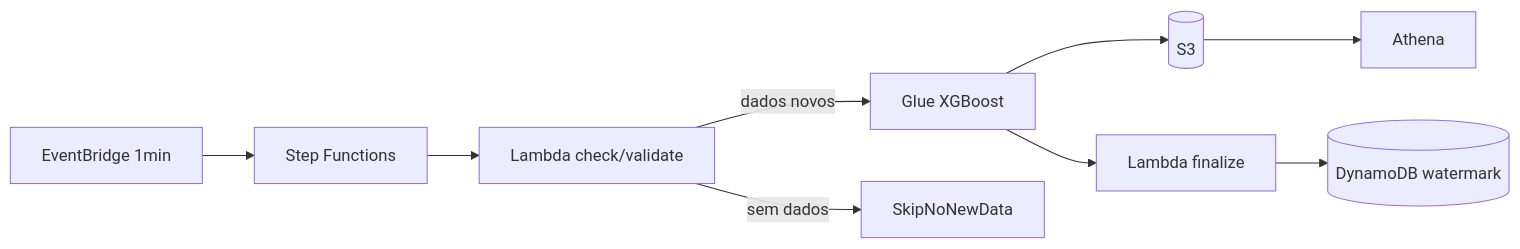
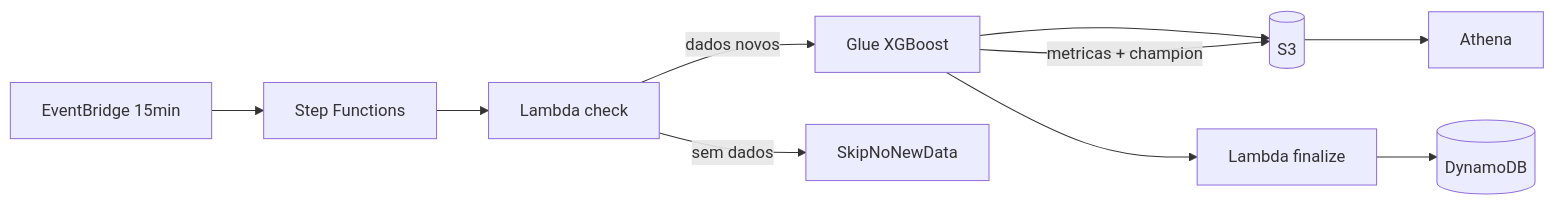
One commit to welligtoncos/ia-aws-regressao changed the diagram in README.md. Above: the diagram before and after it, drawn with Mermaid. The commit also changed other lines of this file and 22 other files, not shown here.

````diff
--- a/README.md
+++ b/README.md
@@ -209,18 +210,19 @@
 ```mermaid
 flowchart LR
-  EB[EventBridge 1min]
+  EB[EventBridge 15min]
   SFN[Step Functions]
-  L1[Lambda check/validate]
+  L1[Lambda check]
   G[Glue XGBoost]
   L2[Lambda finalize]
   S3[(S3)]
   ATH[Athena]
-  DDB[(DynamoDB watermark)]
+  DDB[(DynamoDB)]
 
   EB --> SFN --> L1
   L1 -->|dados novos| G
   L1 -->|sem dados| Skip[SkipNoNewData]
   G --> S3
+  G -->|metricas + champion| S3
   G --> L2 --> DDB
   S3 --> ATH
 ```
````
